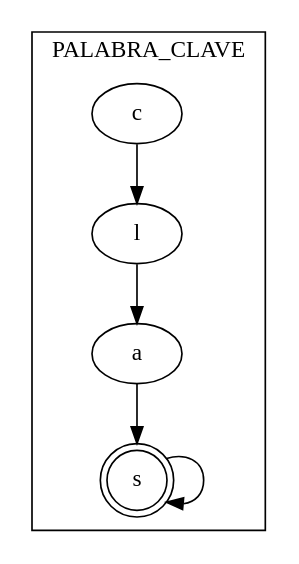
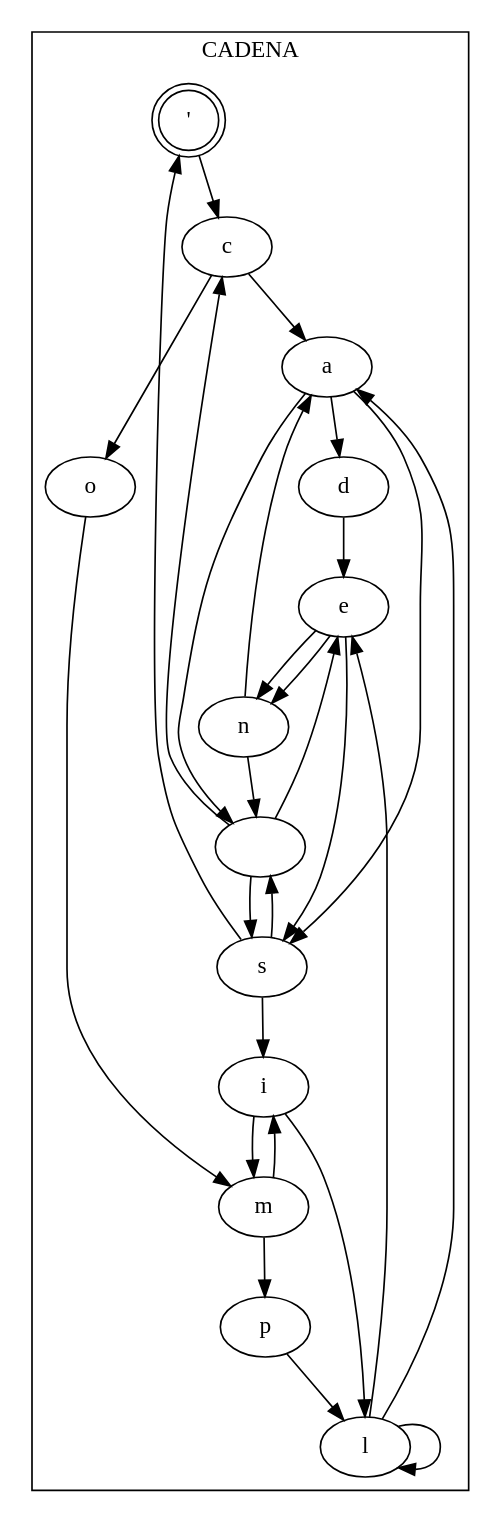
Before and after one commit to luisbaquiax/2023_Lenguajes_practica_1: the diagram in LenguajesPracticaLexico/src/example.dot, drawn with Graphviz. The commit also changed 4 other files, not shown here.

```diff
--- a/LenguajesPracticaLexico/src/example.dot
+++ b/LenguajesPracticaLexico/src/example.dot
@@ -1,8 +1,8 @@
 digraph G {
 
-  "s" [shape=doublecircle]  subgraph cluster_0 {
+  "'" [shape=doublecircle]  subgraph cluster_0 {
 
-"c" -> "l" -> "a" -> "s" -> "s";
-    label = "PALABRA_CLAVE";
+"'" -> "c" -> "a" -> "d" -> "e" -> "n" -> "a" -> " " -> "e" -> "n" -> " " -> "c" -> "o" -> "m" -> "i" -> "l" -> "l" -> "a" -> "s" -> " " -> "s" -> "i" -> "m" -> "p" -> "l" -> "e" -> "s" -> "'";
+    label = "CADENA";
   }
 }
```
